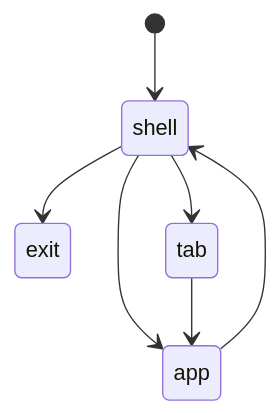
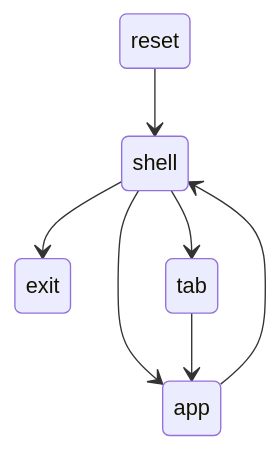
Before and after one commit to tim108108/rp2shell: the second of 2 diagrams in README.md, drawn with Mermaid.

Commit message:
Update README.md
i7-11700 wsl docker build code
real    0m25.061s
user    0m42.180s
sys     0m5.761s

````diff
--- a/README.md
+++ b/README.md
@@ -41,10 +41,10 @@
 ```mermaid
 stateDiagram-v2
-    [*] --> shell
+    reset --> shell
     %% state machine
     shell --> app
     shell --> exit
     shell --> tab
     tab --> app
     app --> shell
 ```
````
